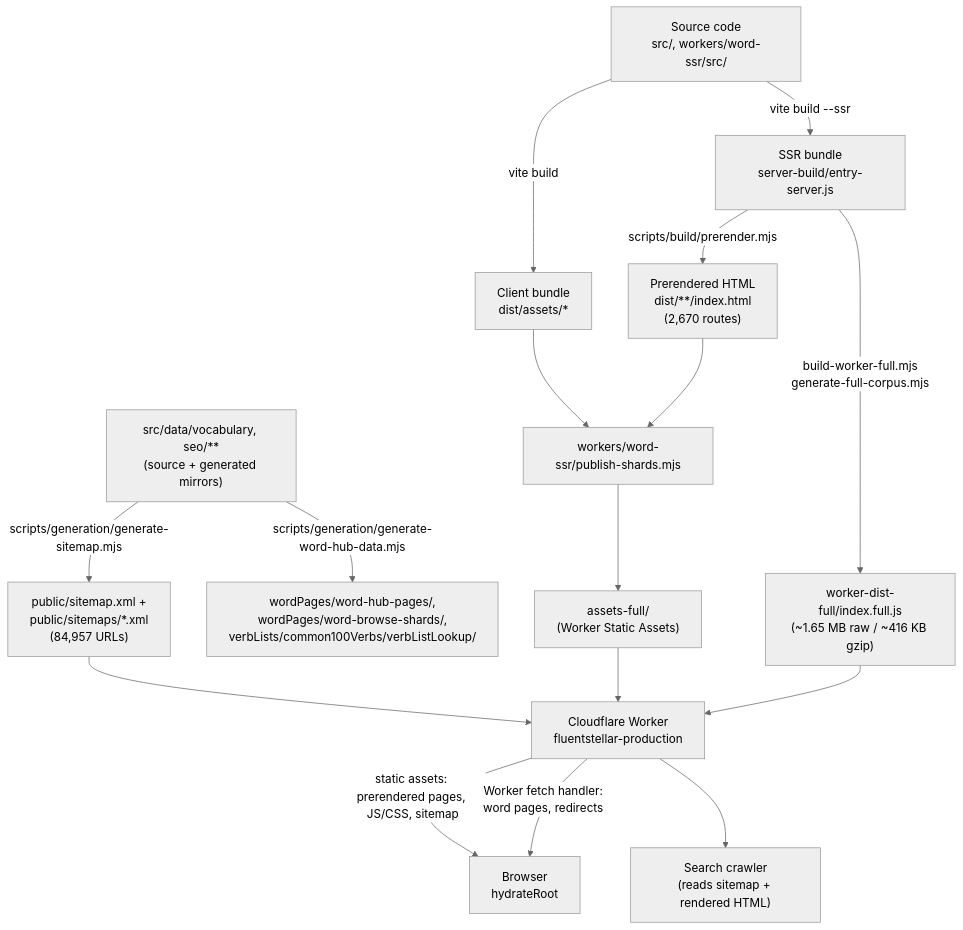
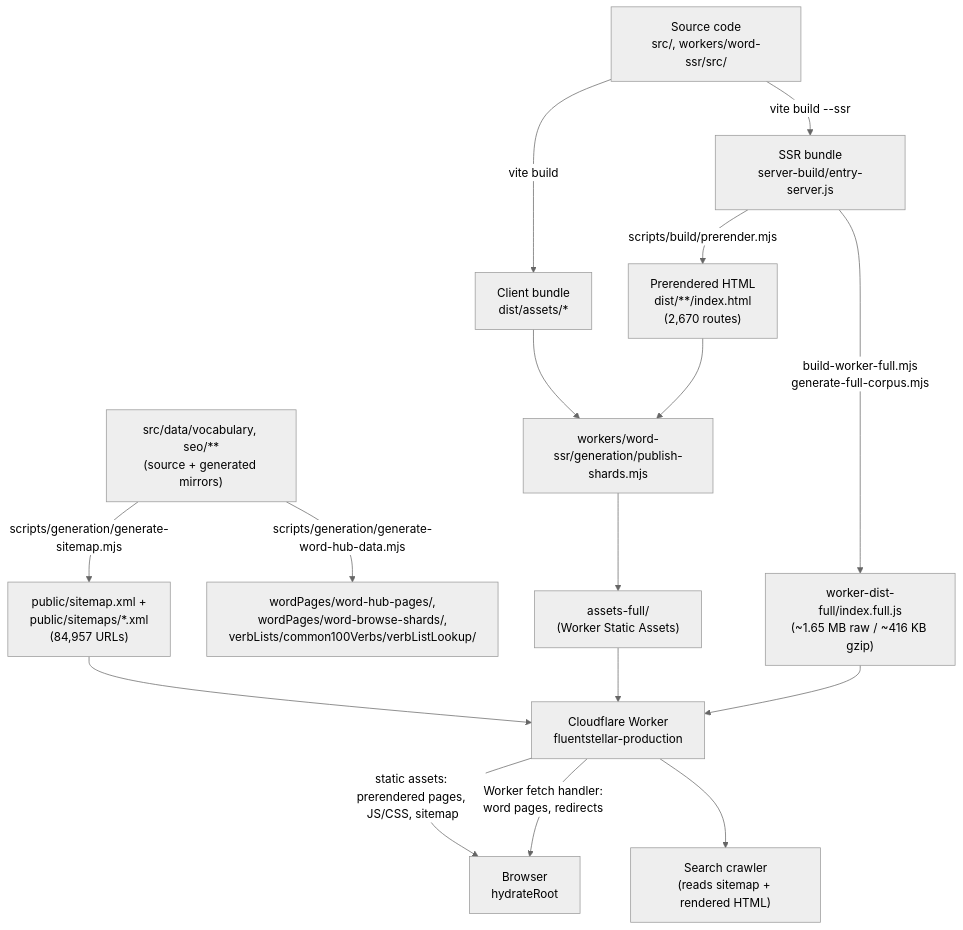
The diagram in docs/architecture.md (BondoDev/vocab_new), drawn with Mermaid (neutral theme) before and after one commit. The commit also changed 11 other files, not shown here.

First line of the commit message:
Phase 3+4: move workers/word-ssr generation and diagnostic scripts

````diff
--- a/docs/architecture.md
+++ b/docs/architecture.md
@@ -65,18 +65,18 @@
 ```mermaid
 flowchart TD
     Source["Source code\nsrc/, workers/word-ssr/src/"] -->|vite build| ClientBundle["Client bundle\ndist/assets/*"]
     Source -->|vite build --ssr| SSRBundle["SSR bundle\nserver-build/entry-server.js"]
     SSRBundle -->|scripts/build/prerender.mjs| Prerendered["Prerendered HTML\ndist/**/index.html\n(2,670 routes)"]
     VocabData["src/data/vocabulary, seo/**\n(source + generated mirrors)"] -->|scripts/generation/generate-sitemap.mjs| Sitemap["public/sitemap.xml +\npublic/sitemaps/*.xml\n(84,957 URLs)"]
     VocabData -->|scripts/generation/generate-word-hub-data.mjs| HubData["wordPages/word-hub-pages/,\nwordPages/word-browse-shards/,\nverbLists/common100Verbs/verbListLookup/"]
-    ClientBundle --> Publish["workers/word-ssr/publish-shards.mjs"]
+    ClientBundle --> Publish["workers/word-ssr/generation/publish-shards.mjs"]
     Prerendered --> Publish
     SSRBundle -->|build-worker-full.mjs\ngenerate-full-corpus.mjs| WorkerBundle["worker-dist-full/index.full.js\n(~1.65 MB raw / ~416 KB gzip)"]
     Publish --> AssetsFull["assets-full/\n(Worker Static Assets)"]
     WorkerBundle --> CFWorker
     AssetsFull --> CFWorker["Cloudflare Worker\nfluentstellar-production"]
     Sitemap --> CFWorker
     CFWorker -->|static assets: prerendered pages, JS/CSS, sitemap| Browser["Browser\nhydrateRoot"]
     CFWorker -->|Worker fetch handler:\nword pages, redirects| Browser
     CFWorker --> Crawler["Search crawler\n(reads sitemap + rendered HTML)"]
 ```
````
